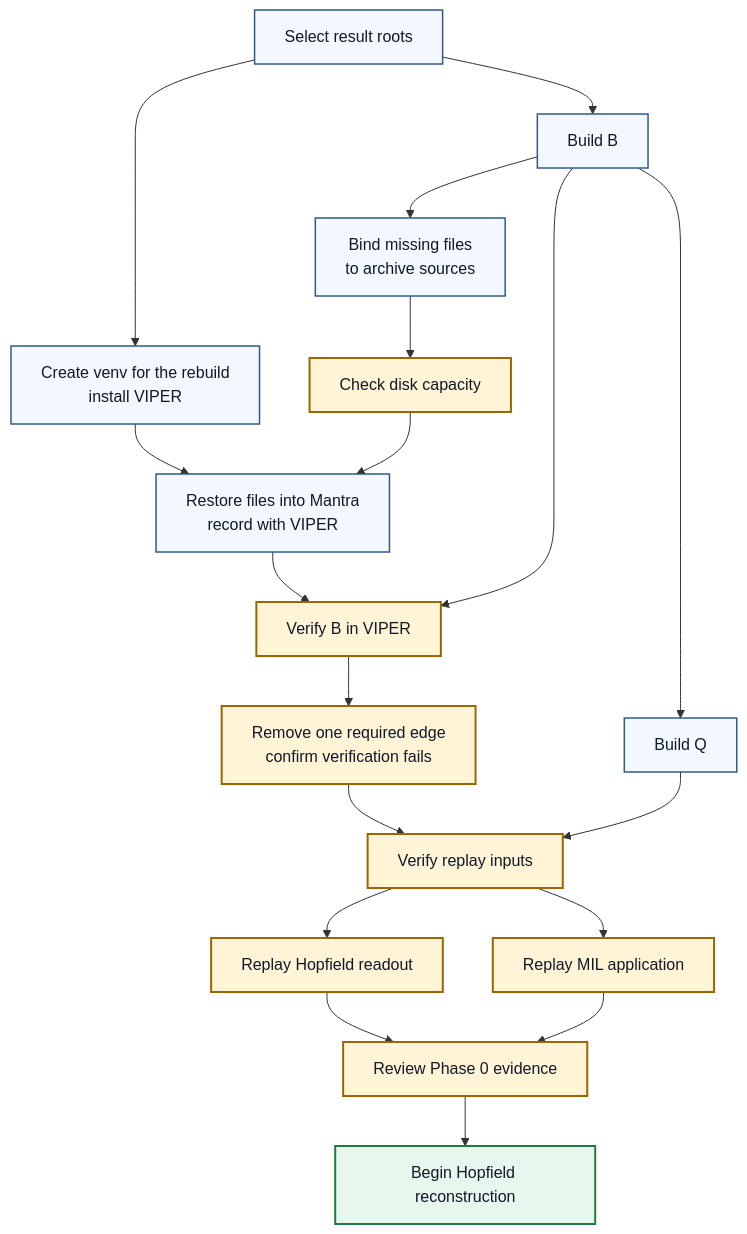
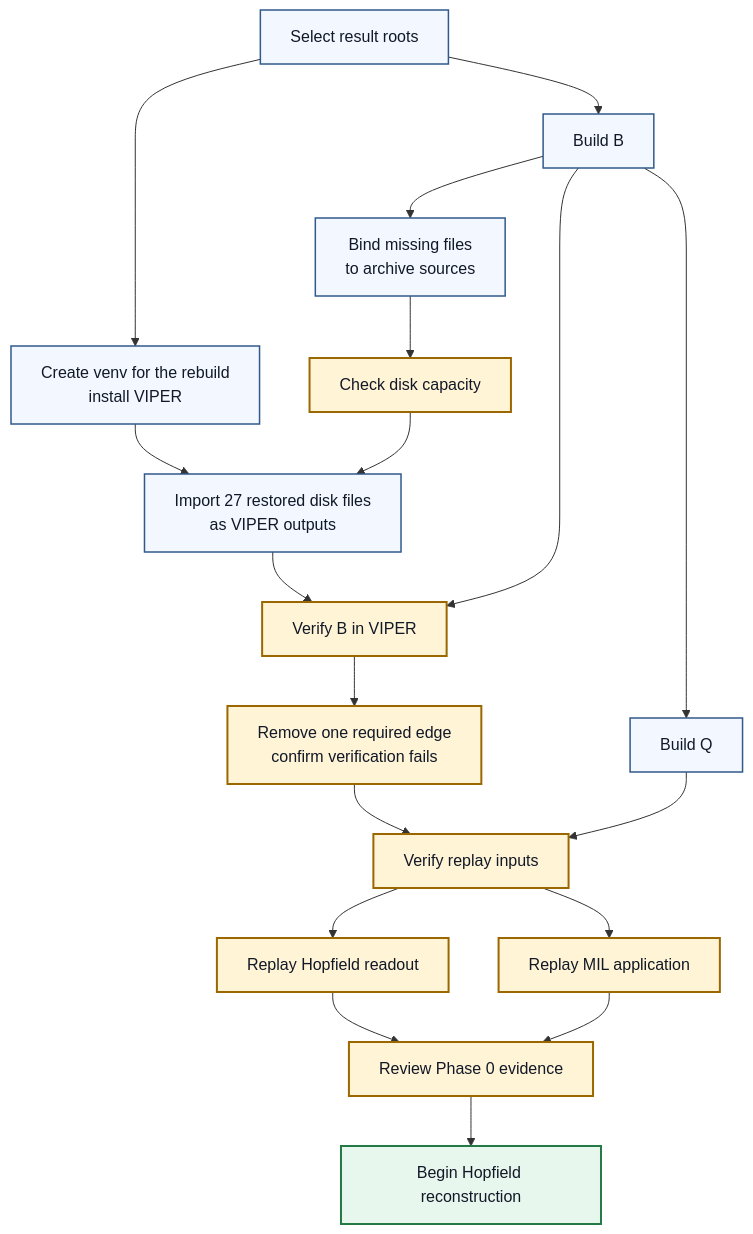
One commit to pvd232/RICO changed the diagram in docs/contracts/mantra-rebuild-phase-0.md. Above: the diagram before and after it, drawn with Mermaid. The commit also changed other lines of this file and 1 other file, not shown here.

Commit message:
Route Phase 0 through restored disk import

````diff
--- a/docs/contracts/mantra-rebuild-phase-0.md
+++ b/docs/contracts/mantra-rebuild-phase-0.md
@@ -188,42 +190,42 @@
 ```mermaid
 flowchart TB
     roots["Select result roots"]
     environment["Create venv for the rebuild<br/>install VIPER"]
     trace["Build B"]
     binding["Bind missing files<br/>to archive sources"]
     parity["Build Q"]
     capacity["Check disk capacity"]
-    restore["Restore files into Mantra<br/>record with VIPER"]
+    restore["Import 27 restored disk files<br/>as VIPER outputs"]
     verify["Verify B in VIPER"]
     rejection_test["Remove one required edge<br/>confirm verification fails"]
     replay_ready["Verify replay inputs"]
     hopfield_replay["Replay Hopfield readout"]
     mil_replay["Replay MIL application"]
     evidence_review["Review Phase 0 evidence"]
     hopfield["Begin Hopfield reconstruction"]
 
     roots --> environment
     roots --> trace
     trace --> binding
     trace --> parity
     binding --> capacity
     environment --> restore
     capacity --> restore
     restore --> verify
     trace --> verify
     verify --> rejection_test
     rejection_test --> replay_ready
     parity --> replay_ready
     replay_ready --> hopfield_replay
     replay_ready --> mil_replay
     hopfield_replay --> evidence_review
     mil_replay --> evidence_review
     evidence_review --> hopfield
 
     classDef workNode fill:#f3f7ff,color:#111827,stroke:#315a8a,stroke-width:1.5px
     classDef gateNode fill:#fff4d6,color:#111827,stroke:#9a6700,stroke-width:2px
     classDef outcomeNode fill:#e8f7ee,color:#111827,stroke:#237a44,stroke-width:2px
     class roots,environment,trace,binding,parity,restore workNode
     class capacity,verify,rejection_test,replay_ready,hopfield_replay,mil_replay,evidence_review gateNode
     class hopfield outcomeNode
 ```
````
